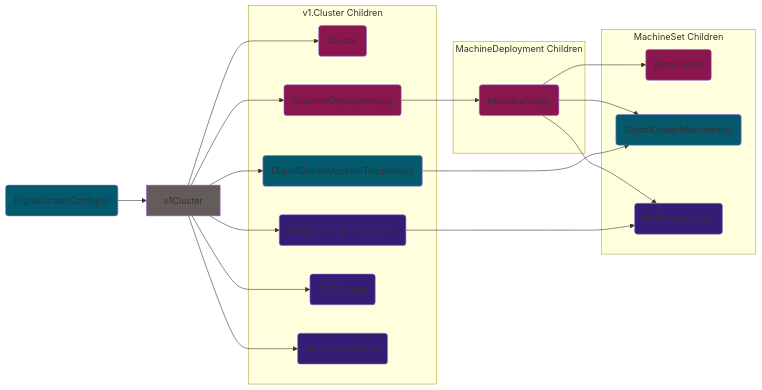
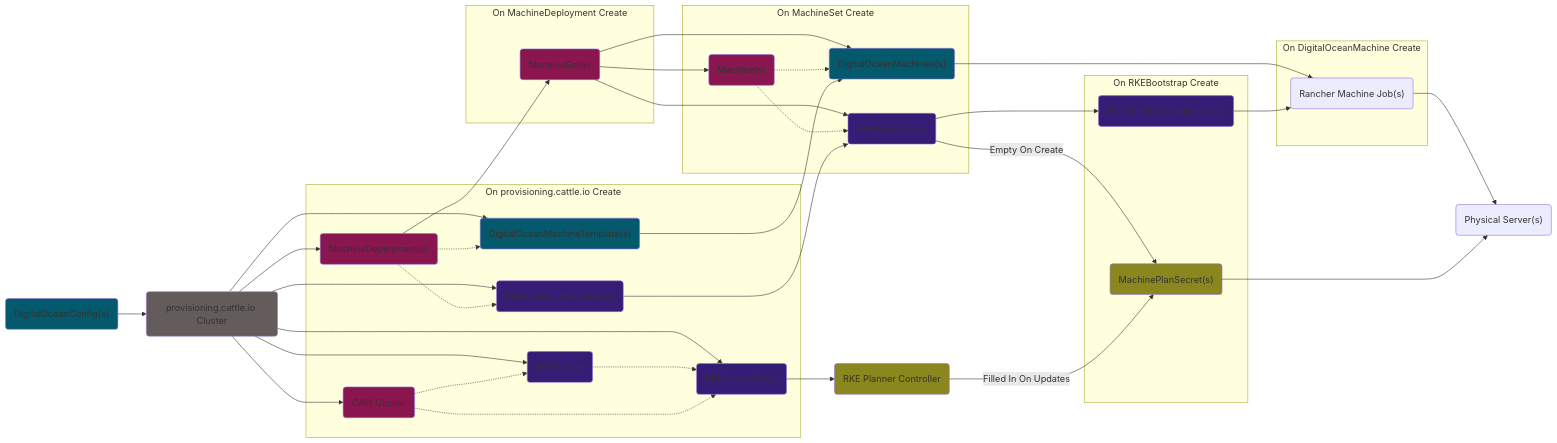
One commit to aiyengar2/k8s-docs changed the diagram in docs/provisioning/walkthrough.md. Above: the diagram before and after it, drawn with Mermaid. The commit also changed other lines of this file, not shown here.

````diff
--- a/docs/provisioning/walkthrough.md
+++ b/docs/provisioning/walkthrough.md
@@ -56,53 +56,102 @@
 ```mermaid
 graph LR;
+    %% CSS Styling
+
     classDef ProvisioningV2 fill:#645c5a;
     classDef RancherBootstrap fill:#351c75;
     classDef RancherInfrastructure fill:#04596c;
     classDef CAPI fill:#89164f;
+    classDef RKEPlanner fill:#8a871e;
 
-    %% Parent Resources
+    %% Resources
+
+    %%%% Parent Resources
     DigitalOceanConfig("DigitalOceanConfig(s)"):::RancherInfrastructure;
-    v1Cluster:::ProvisioningV2;
+    v1Cluster("provisioning.cattle.io Cluster"):::ProvisioningV2;
 
-    subgraph v1.Cluster Children
-
-    capiCluster("Cluster"):::CAPI;
+    %%%% v1.Cluster Children
+    subgraph On provisioning.cattle.io Create
+    capiCluster("CAPI Cluster"):::CAPI;
     MachineDeployment("MachineDeployment(s)"):::CAPI;
-
     DigitalOceanMachineTemplate("DigitalOceanMachineTemplate(s)"):::RancherInfrastructure;
-    
     RKEBootstrapTemplate("RKEBootstrapTemplate(s)"):::RancherBootstrap;
     RKECluster("RKECluster"):::RancherBootstrap;
     RKEControlPlane("RKEControlPlane"):::RancherBootstrap;
-
     end
 
-    subgraph MachineDeployment Children
+    %%%% MachineDeployment Children
+    subgraph On MachineDeployment Create
     MachineSet("MachineSet(s)"):::CAPI;
     end
 
-    subgraph MachineSet Children
+    %%%% MachineSet Children
+    subgraph On MachineSet Create
     Machine("Machine(s)"):::CAPI;
     DigitalOceanMachine("DigitalOceanMachines(s)"):::RancherInfrastructure;
     RKEBootstrap("RKEBootstrap(s)"):::RancherBootstrap;
     end
 
-    %% MachinePool to Cluster
+    %%%% RKEBootstrap Children
+    subgraph On RKEBootstrap Create
+      MachinePlanSecret("MachinePlanSecret(s)"):::RKEPlanner
+      MachineBootstrapSecret("MachineBootstrapSecret(s)"):::RancherBootstrap
+    end
+
+    %%%% DigitalOceanMachine Children
+    subgraph On DigitalOceanMachine Create
+    RancherMachineJob("Rancher Machine Job(s)")
+    end
+
+    RKEPlannerController("RKE Planner Controller"):::RKEPlanner
+    PhysicalServer("Physical Server(s)")
+
+    %% Relationships
+
+    %%%% MachinePool to Cluster
     DigitalOceanConfig-->v1Cluster;
 
-    %% v1.Cluster Children
+    %%%% v1.Cluster Children
     v1Cluster-->capiCluster
     v1Cluster-->DigitalOceanMachineTemplate;
     v1Cluster-->MachineDeployment;
     v1Cluster-->RKEBootstrapTemplate;
     v1Cluster-->RKECluster;
     v1Cluster-->RKEControlPlane;
+    
+    %%%% RKE Cluster References
+    RKECluster-.->RKEControlPlane
 
-    %% MachineDeployment Children
+    %%%% CAPI Cluster References
+    capiCluster-.->RKECluster
+    capiCluster-.->RKEControlPlane
+
+    %%%% MachineDeployment Children
     MachineDeployment-->MachineSet
+    MachineDeployment-.->DigitalOceanMachineTemplate
+    MachineDeployment-.->RKEBootstrapTemplate
+    
+    %%%% MachineSet 
     MachineSet-->Machine
     MachineSet-->DigitalOceanMachine
     MachineSet-->RKEBootstrap
+
+    %%%% Machine and DigitalOceanMachineTemplate
+    Machine-.->DigitalOceanMachine
     DigitalOceanMachineTemplate-->DigitalOceanMachine
+
+    %%%% Machine and RKEBootstrapTemplate
+    Machine-.->RKEBootstrap
     RKEBootstrapTemplate-->RKEBootstrap
+
+    %%%% DigitalOceanMachine Children
+    DigitalOceanMachine-->RancherMachineJob
+    RancherMachineJob-->PhysicalServer
+
+    %%%% Secrets
+    RKEBootstrap-->MachineBootstrapSecret
+    MachineBootstrapSecret-->RancherMachineJob
+    RKEBootstrap--Empty On Create-->MachinePlanSecret
+    RKEControlPlane-->RKEPlannerController
+    RKEPlannerController--Filled In On Updates-->MachinePlanSecret
+    MachinePlanSecret-->PhysicalServer
 ```
````
